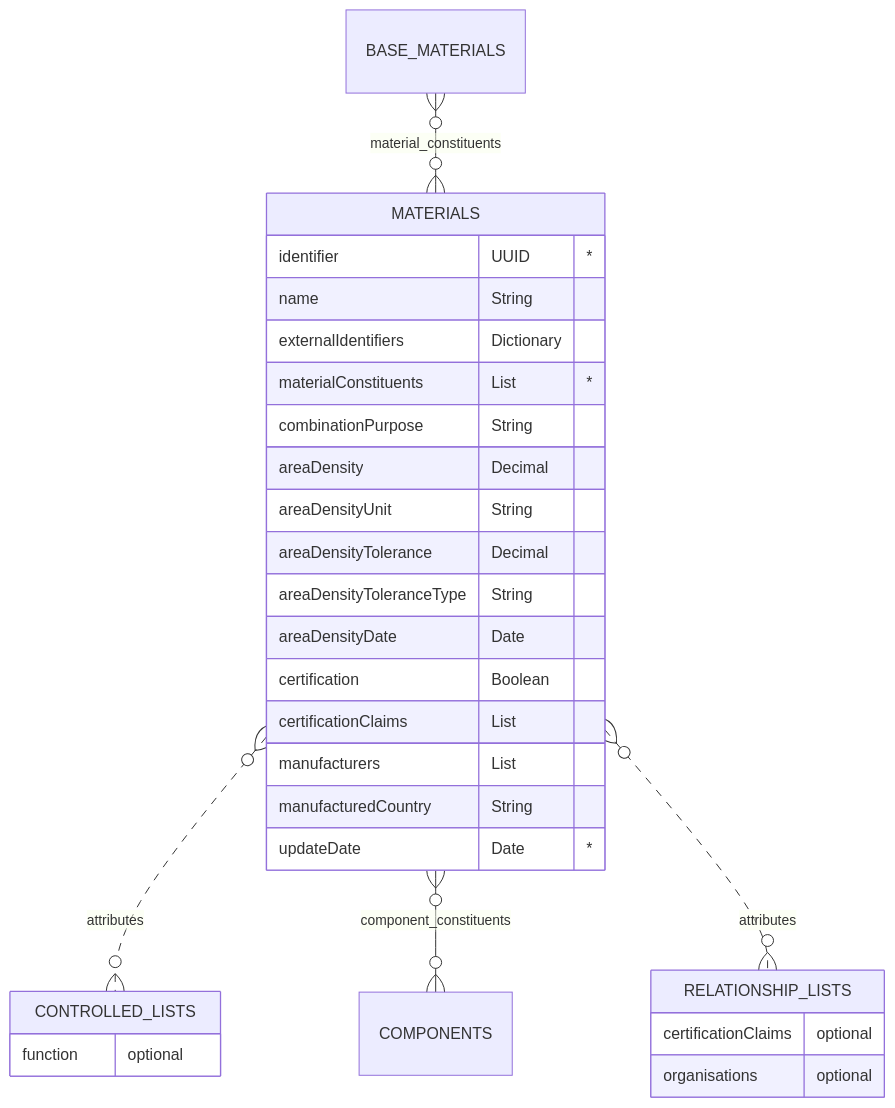
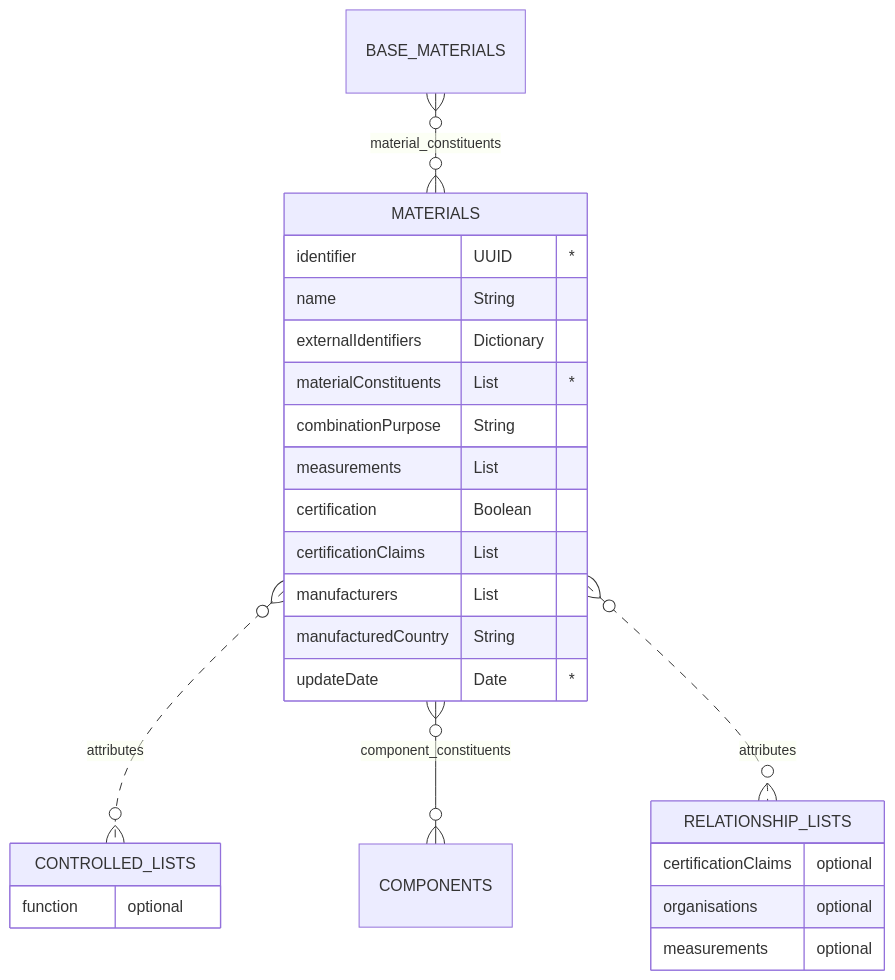
Before and after one commit to OpenDataManchester/Open3P: the first of 2 diagrams in docs/3_Data_Specification/3_2_Materials.md, drawn with Mermaid. The commit also changed other lines of this file, not shown here.

Commit message:
Remove areaDensity add measurements materials

````diff
--- a/docs/3_Data_Specification/3_2_Materials.md
+++ b/docs/3_Data_Specification/3_2_Materials.md
@@ -31,31 +27,28 @@
 ``` mermaid
 erDiagram
 BASE_MATERIALS }o--o{ MATERIALS : material_constituents
   MATERIALS {
     identifier UUID "*"
     name String
     externalIdentifiers Dictionary
     materialConstituents List "*"
     combinationPurpose String
-    areaDensity Decimal
-    areaDensityUnit String
-    areaDensityTolerance Decimal
-    areaDensityToleranceType String
-    areaDensityDate Date
+    measurements List
     certification Boolean
     certificationClaims List
     manufacturers List
     manufacturedCountry String
     updateDate Date "*"
   }
   MATERIALS }o..o{ CONTROLLED_LISTS : attributes
   MATERIALS }o--o{ COMPONENTS : component_constituents
   MATERIALS }o..o{ RELATIONSHIP_LISTS : attributes
         CONTROLLED_LISTS {
     function optional
     }
         RELATIONSHIP_LISTS {
     certificationClaims optional
     organisations optional
+    measurements optional
       }
 ```
````
